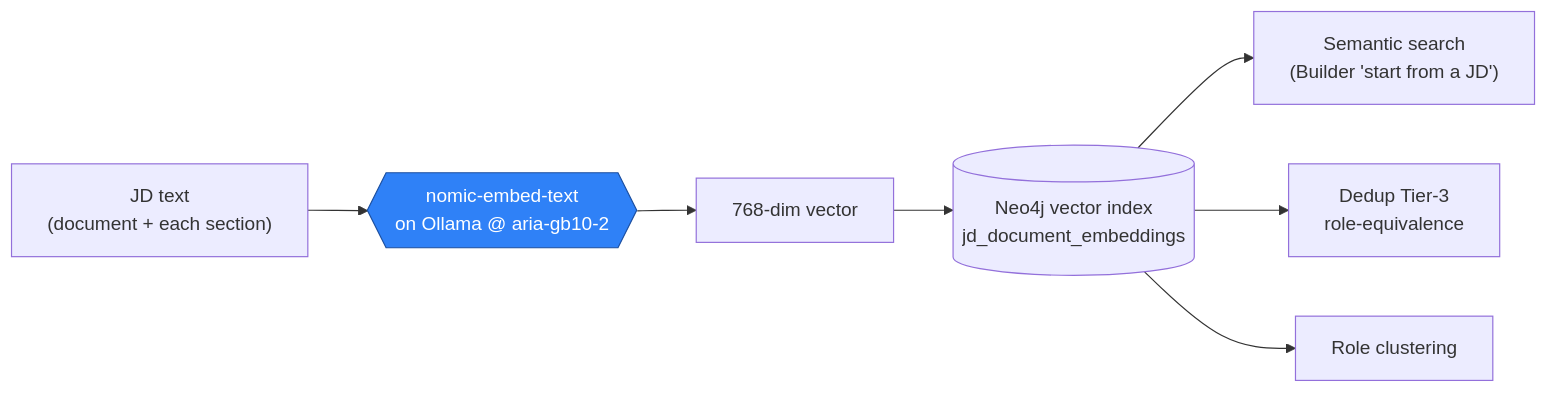
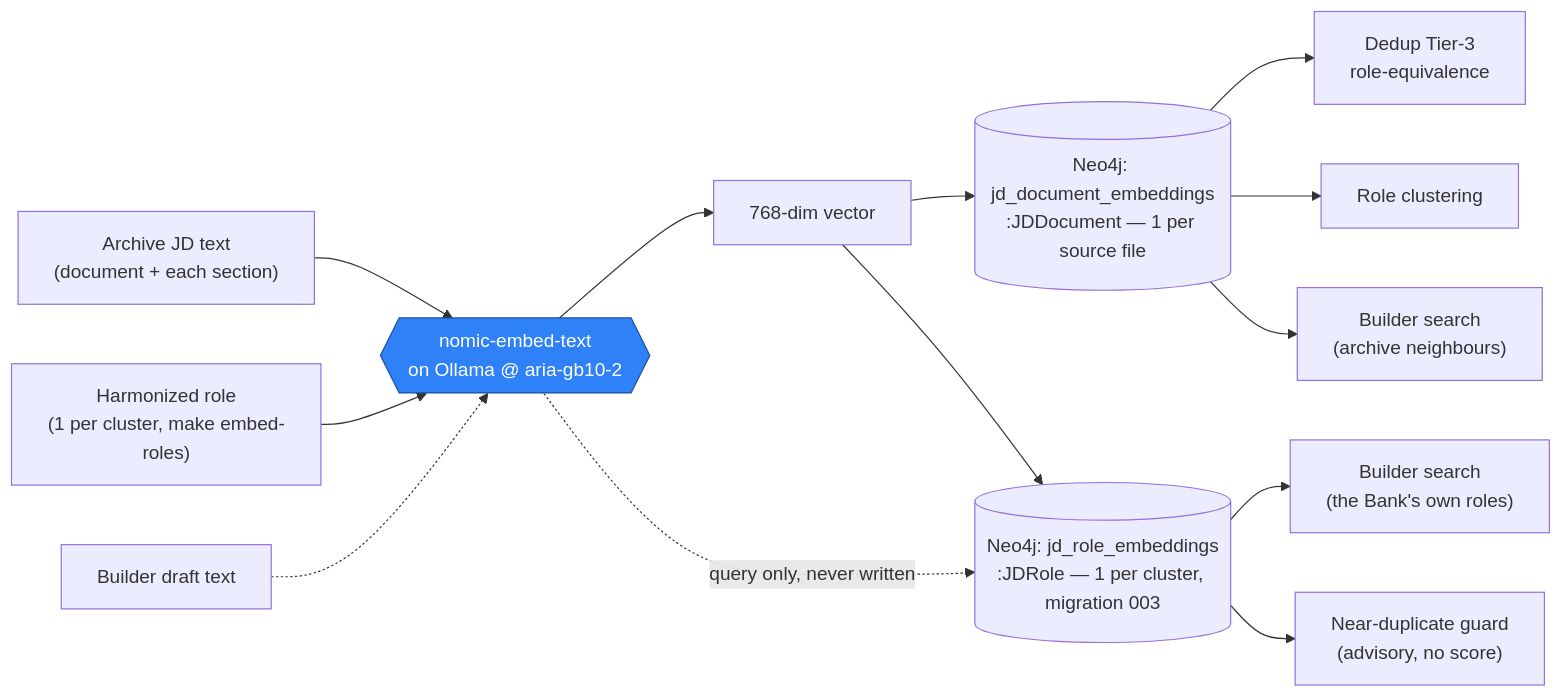
Before and after one commit to humanaxiom/jd-assistant: the second of 4 diagrams in docs/AI-USAGE.md, drawn with Mermaid. The commit also changed other lines of this file and 26 other files, not shown here.

First line of the commit message:
feat(builder): warn before authoring a role SFU already has, + close a six-commit docs gap (#81)

````diff
--- a/docs/AI-USAGE.md
+++ b/docs/AI-USAGE.md
@@ -77,12 +99,18 @@
 ```mermaid
 flowchart LR
-  T["JD text<br/>(document + each section)"] --> M{{"nomic-embed-text<br/>on Ollama @ aria-gb10-2"}}
+  T["Archive JD text<br/>(document + each section)"] --> M{{"nomic-embed-text<br/>on Ollama @ aria-gb10-2"}}
+  RT["Harmonized role<br/>(1 per cluster, make embed-roles)"] --> M
   M --> V["768-dim vector"]
-  V --> N[("Neo4j vector index<br/>jd_document_embeddings")]
-  N --> S["Semantic search<br/>(Builder 'start from a JD')"]
+  V --> N[("Neo4j: jd_document_embeddings<br/>:JDDocument — 1 per source file")]
+  V --> RN[("Neo4j: jd_role_embeddings<br/>:JDRole — 1 per cluster, migration 003")]
   N --> R["Dedup Tier-3<br/>role-equivalence"]
   N --> C["Role clustering"]
+  N --> S["Builder search<br/>(archive neighbours)"]
+  RN --> S2["Builder search<br/>(the Bank's own roles)"]
+  RN --> G["Near-duplicate guard<br/>(advisory, no score)"]
+  Q["Builder draft text"] -.-> M
+  M -.->|"query only, never written"| RN
 
   classDef ai fill:#2f81f7,color:#ffffff,stroke:#1c4fa0;
   class M ai;
 ```
````
